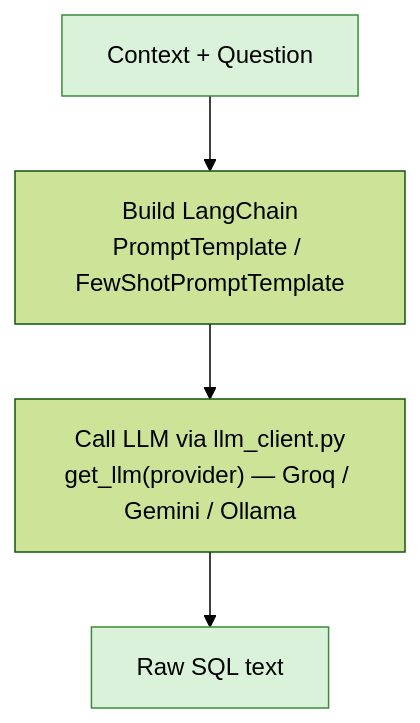
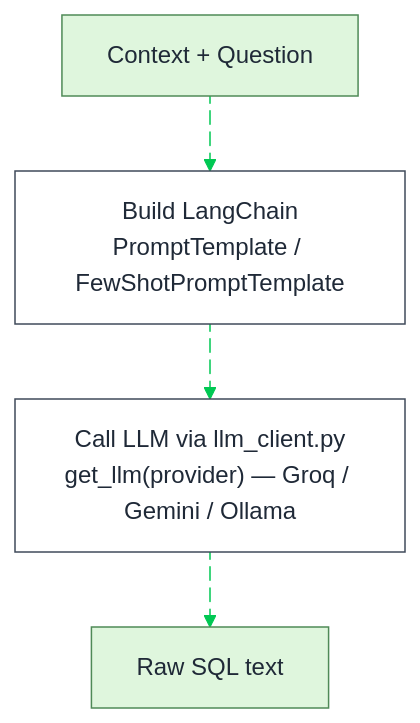
The third of 10 diagrams in Flowcharts_Mermaid_Source.md (Yuvrajtakk/logistics_chatbot), drawn with Mermaid (forest theme) before and after one commit. The commit also changed other lines of this file and 2 other files, not shown here.

````diff
--- a/Flowcharts_Mermaid_Source.md
+++ b/Flowcharts_Mermaid_Source.md
@@ -46,10 +80,22 @@
 ```mermaid
 flowchart TD
     In["Context + Question"]:::good
     A["Build LangChain<br/>PromptTemplate / FewShotPromptTemplate"]
     B["Call LLM via llm_client.py<br/>get_llm(provider) — Groq / Gemini / Ollama"]
     Out["Raw SQL text"]:::good
 
-    In --> A --> B --> Out
-    classDef good fill:#D9F2D9,stroke:#3C8A3C
+    In L_In_A_0@--> A
+    A L_A_B_0@--> B
+    B L_B_Out_0@--> Out
+
+    classDef default fill:#FFFFFF,stroke:#3F4A5A,color:#1F2937
+    classDef good fill:#DFF6DD,stroke:#4F8A57,color:#1F2937
+
+    linkStyle 0 stroke:#00C853,fill:none
+    linkStyle 1 stroke:#00C853,fill:none
+    linkStyle 2 stroke:#00C853,fill:none
+
+    L_In_A_0@{ animation: slow }
+    L_A_B_0@{ animation: slow }
+    L_B_Out_0@{ animation: slow }
 ```
````
